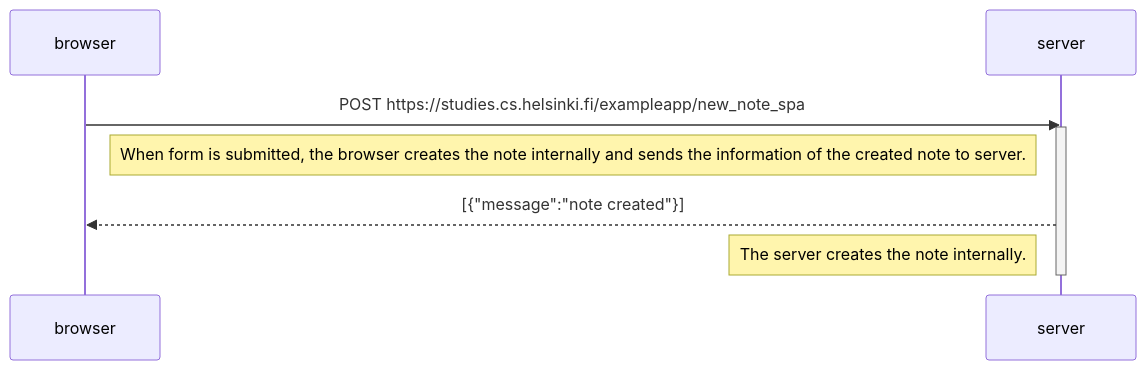
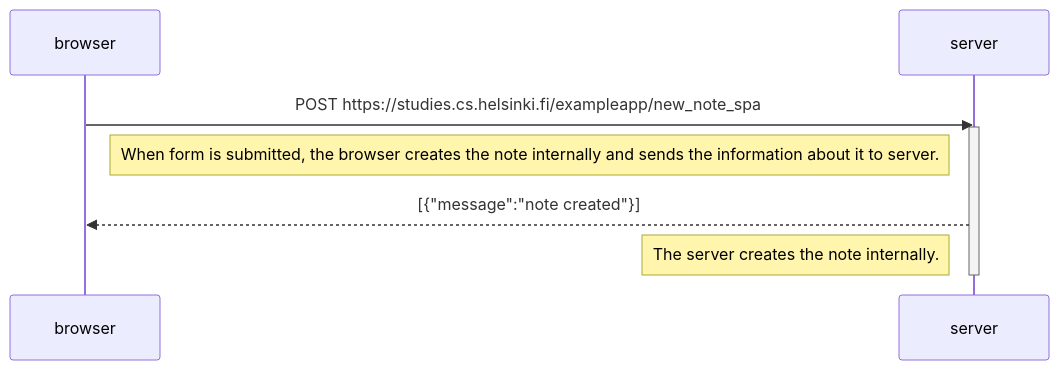
The diagram in ex0_6.md (nokka7/fullstack2023), drawn with Mermaid before and after one commit.

````diff
--- a/ex0_6.md
+++ b/ex0_6.md
@@ -1,12 +1,12 @@
 ```mermaid
 sequenceDiagram
     participant browser
     participant server
     
     browser->>server: POST https://studies.cs.helsinki.fi/exampleapp/new_note_spa
     activate server
-    Note right of browser: When form is submitted, the browser creates the note internally and sends the information of the created note to server. 
+    Note right of browser: When form is submitted, the browser creates the note internally and sends the information about it to server. 
     server-->>browser: [{"message":"note created"}]
     Note left of server: The server creates the note internally.
     deactivate server
 ```
````
